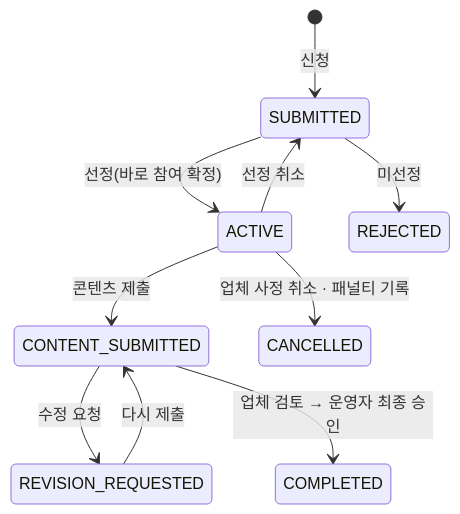
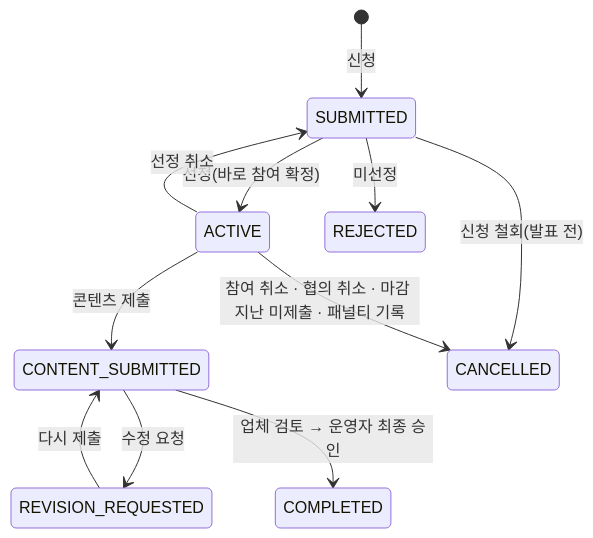
One commit to yoo-jin-k/movrit-backend changed the second of 2 diagrams in README.md. Above: the diagram before and after it, drawn with Mermaid. The commit also changed other lines of this file and 42 other files, not shown here.

````diff
--- a/README.md
+++ b/README.md
@@ -96,12 +98,13 @@
 ```mermaid
 stateDiagram-v2
   [*] --> SUBMITTED: 신청
   SUBMITTED --> ACTIVE: 선정(바로 참여 확정)
   SUBMITTED --> REJECTED: 미선정
   ACTIVE --> SUBMITTED: 선정 취소
   ACTIVE --> CONTENT_SUBMITTED: 콘텐츠 제출
   CONTENT_SUBMITTED --> REVISION_REQUESTED: 수정 요청
   REVISION_REQUESTED --> CONTENT_SUBMITTED: 다시 제출
   CONTENT_SUBMITTED --> COMPLETED: 업체 검토 → 운영자 최종 승인
-  ACTIVE --> CANCELLED: 업체 사정 취소 · 패널티 기록
+  SUBMITTED --> CANCELLED: 신청 철회(발표 전)
+  ACTIVE --> CANCELLED: 참여 취소 · 협의 취소 · 마감 지난 미제출 · 패널티 기록
 ```
````
